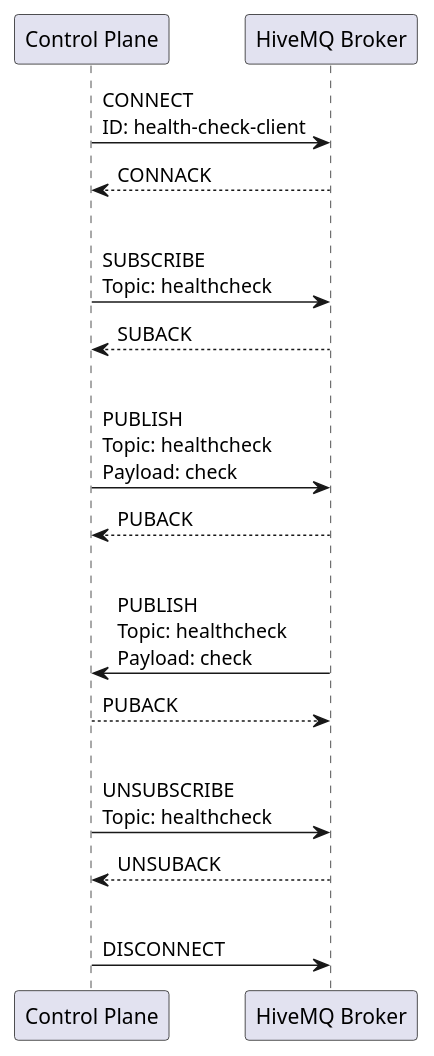
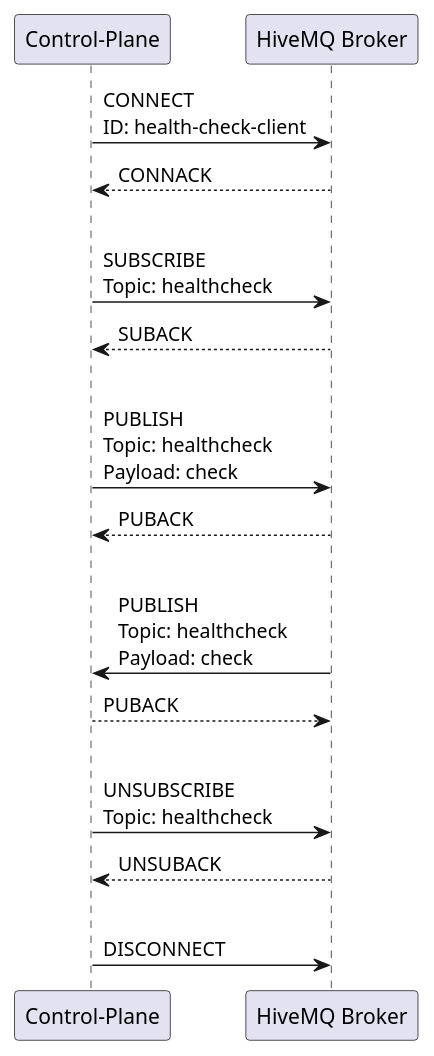
Before and after one commit to breuerfelix/bachelor-thesis: the diagram in diagrams/health-check.pu, drawn with PlantUML. The commit also changed 7 other files, not shown here.

```diff
--- a/diagrams/health-check.pu
+++ b/diagrams/health-check.pu
@@ -1,22 +1,22 @@
 @startuml
-participant "Control Plane" as cp
+participant "Control-Plane" as cp
 participant "HiveMQ Broker" as broker
 
 cp -> broker: CONNECT\nID: health-check-client
 broker --> cp: CONNACK
 |||
 cp -> broker: SUBSCRIBE\nTopic: healthcheck
 broker --> cp: SUBACK
 |||
 cp -> broker: PUBLISH\nTopic: healthcheck\nPayload: check
 broker --> cp: PUBACK
 |||
 broker -> cp: PUBLISH\nTopic: healthcheck\nPayload: check
 cp --> broker: PUBACK
 |||
 cp -> broker: UNSUBSCRIBE\nTopic: healthcheck
 broker --> cp: UNSUBACK
 
 |||
 cp -> broker: DISCONNECT
 @enduml
```
